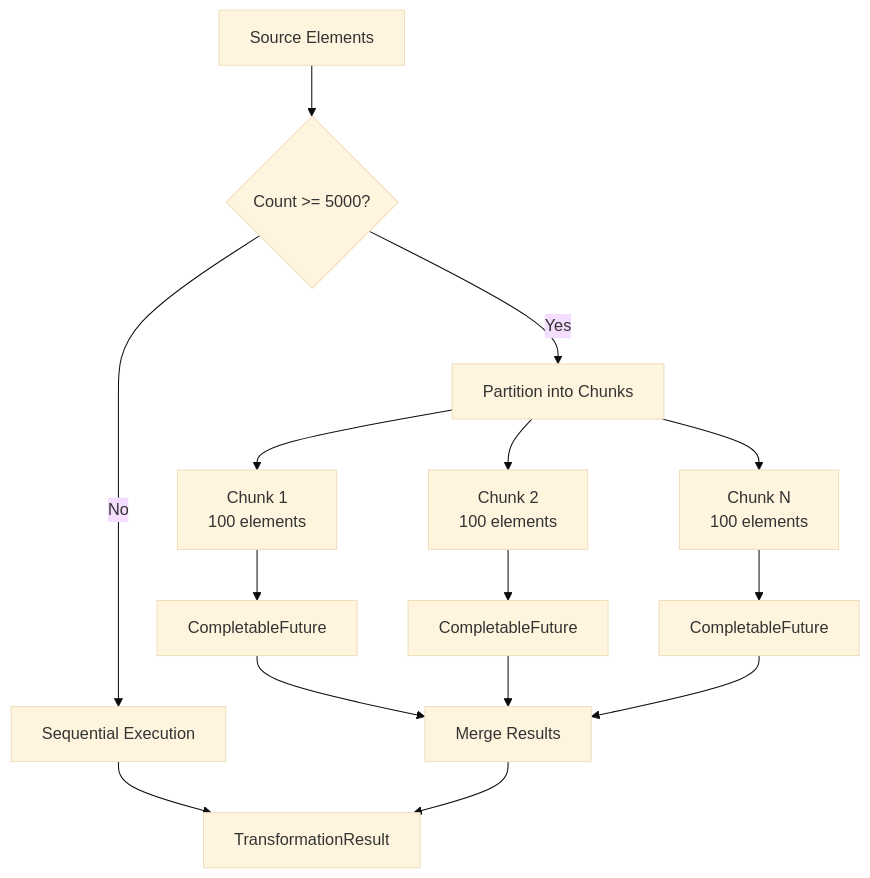
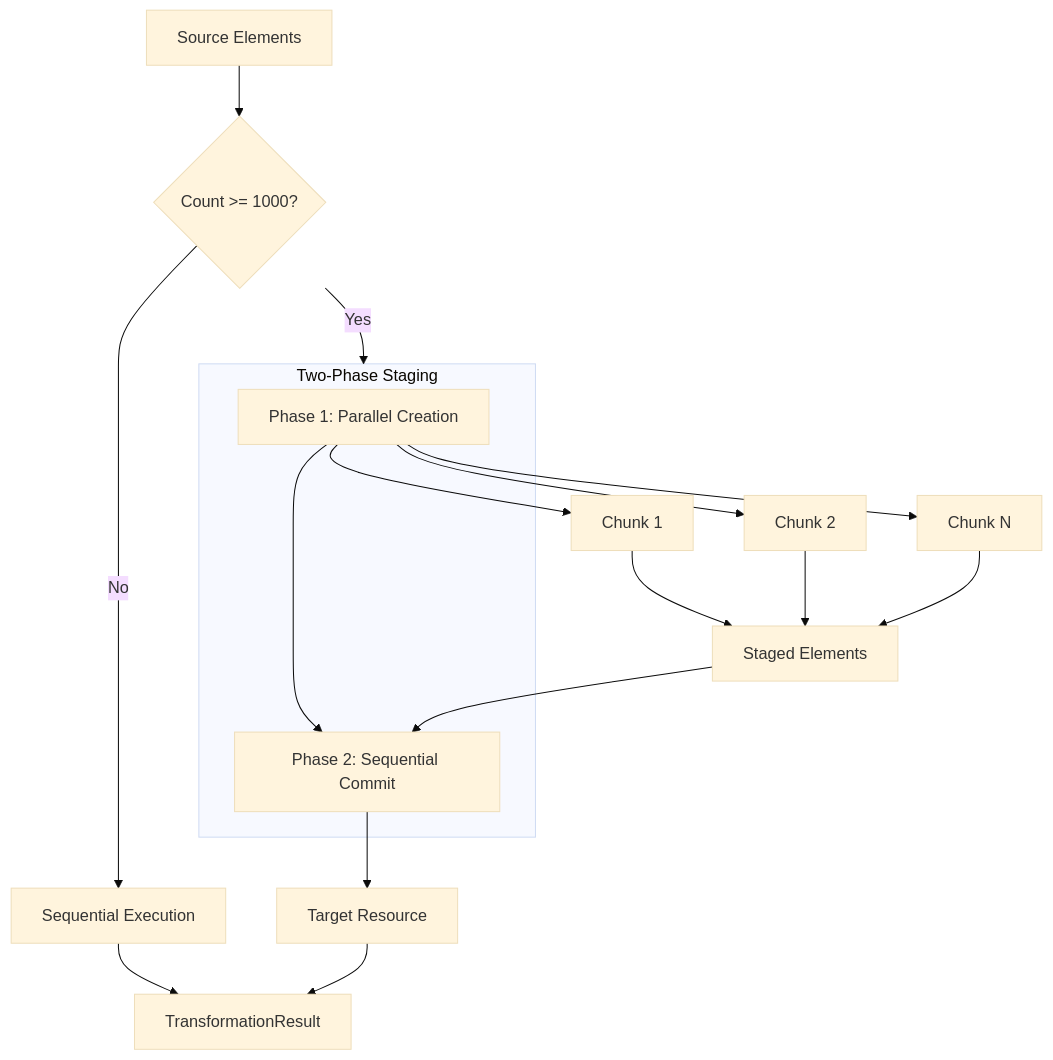
One commit to BlackBeltTechnology/judo-zeta changed the first of 2 diagrams in docs/transformation/architecture/parallel-execution.md. Above: the diagram before and after it, drawn with Mermaid (base theme). The commit also changed other lines of this file and 475 other files, not shown here.

````diff
--- a/docs/transformation/architecture/parallel-execution.md
+++ b/docs/transformation/architecture/parallel-execution.md
@@ -9,17 +9,22 @@
 ```mermaid
 flowchart TD
-    A[Source Elements] --> B{Count >= 5000?}
+    A[Source Elements] --> B{Count >= 1000?}
     B -->|No| C[Sequential Execution]
-    B -->|Yes| D[Partition into Chunks]
-    D --> E[Chunk 1<br/>100 elements]
-    D --> F[Chunk 2<br/>100 elements]
-    D --> G[Chunk N<br/>100 elements]
-    E --> H[CompletableFuture]
-    F --> I[CompletableFuture]
-    G --> J[CompletableFuture]
-    H --> K[Merge Results]
-    I --> K
-    J --> K
+    B -->|Yes| D[Two-Phase Staging]
+
+    subgraph D[Two-Phase Staging]
+        E[Phase 1: Parallel Creation] --> F[Phase 2: Sequential Commit]
+    end
+
+    E --> G[Chunk 1]
+    E --> H[Chunk 2]
+    E --> I[Chunk N]
+    G --> J[Staged Elements]
+    H --> J
+    I --> J
+    J --> F
+    F --> K[Target Resource]
+
     C --> L[TransformationResult]
     K --> L
 ```
````
